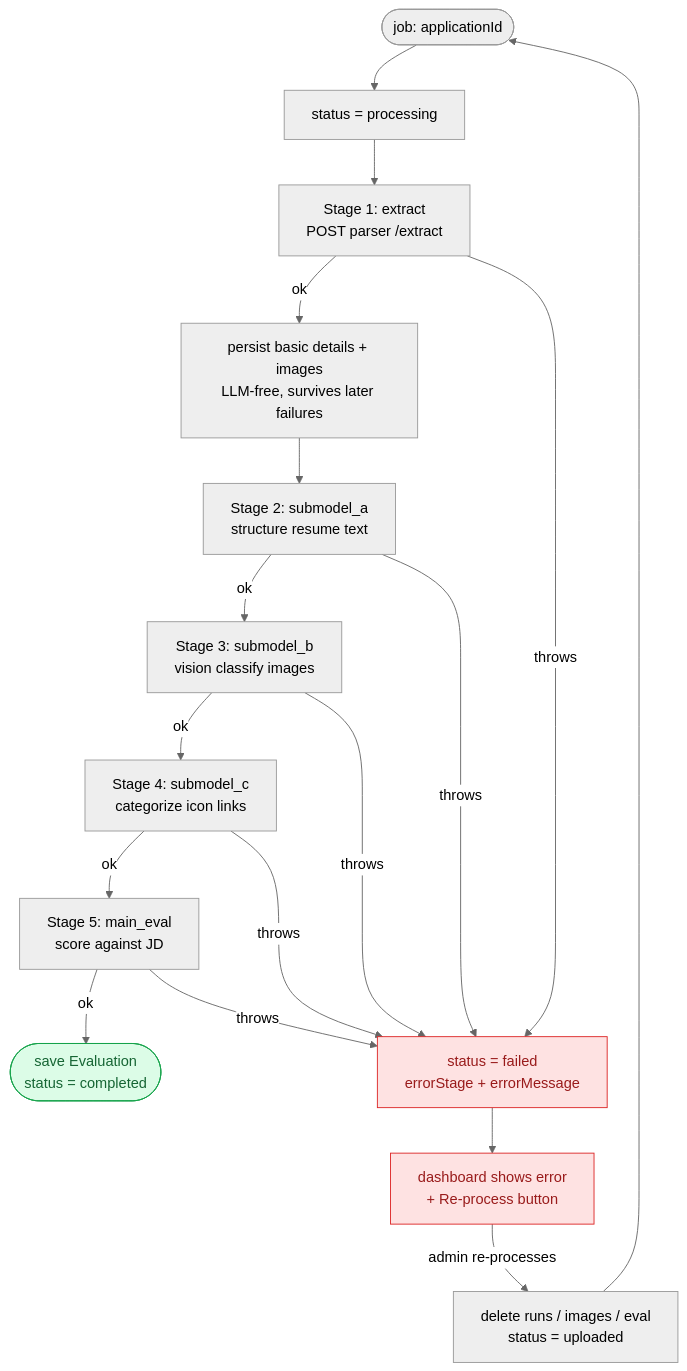
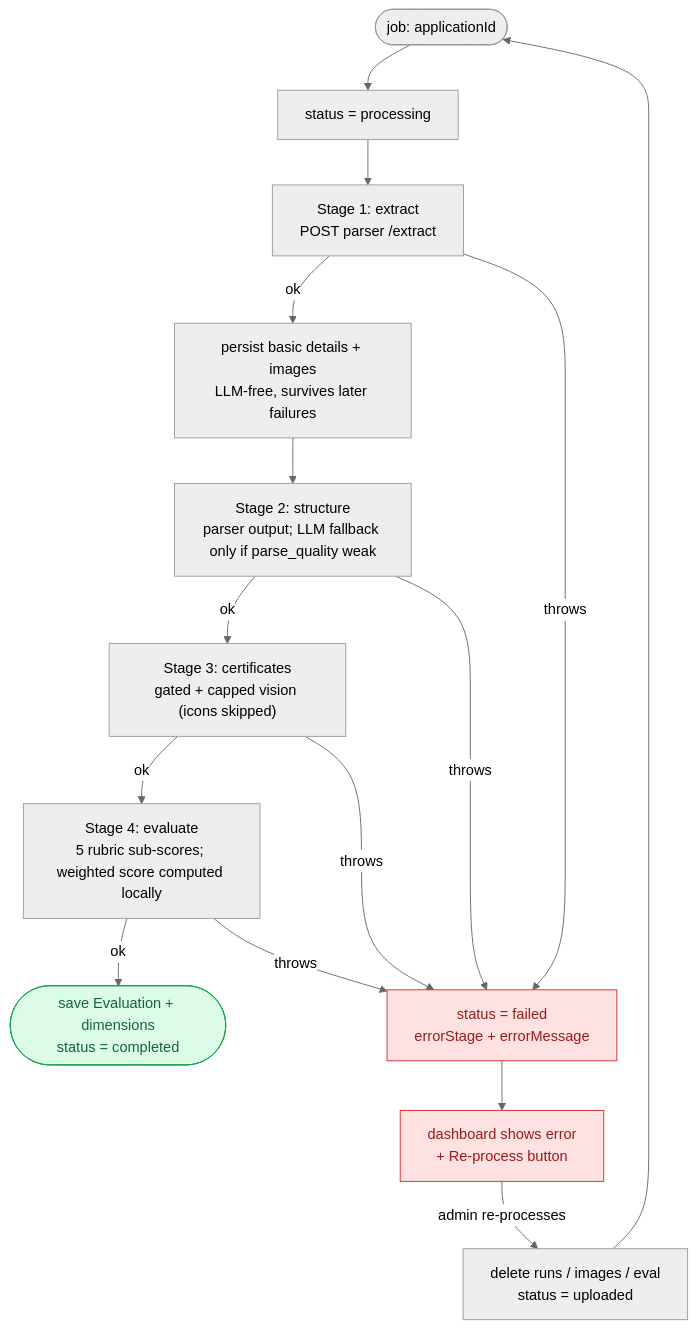
Before and after one commit to Lalit-001/ats-scorer: the third of 5 diagrams in docs/ARCHITECTURE.md, drawn with Mermaid (neutral theme). The commit also changed other lines of this file, not shown here.

Commit message:
docs: update architecture for the deterministic-first pipeline

````diff
--- a/docs/ARCHITECTURE.md
+++ b/docs/ARCHITECTURE.md
@@ -106,26 +117,24 @@
 ```mermaid
 flowchart TD
   start(["job: applicationId"]) --> proc["status = processing"]
   proc --> ex["Stage 1: extract<br/>POST parser /extract"]
   ex -->|ok| basics["persist basic details + images<br/>LLM-free, survives later failures"]
-  basics --> sa["Stage 2: submodel_a<br/>structure resume text"]
-  sa -->|ok| sb["Stage 3: submodel_b<br/>vision classify images"]
-  sb -->|ok| sc["Stage 4: submodel_c<br/>categorize icon links"]
-  sc -->|ok| me["Stage 5: main_eval<br/>score against JD"]
-  me -->|ok| done(["save Evaluation<br/>status = completed"])
+  basics --> st["Stage 2: structure<br/>parser output; LLM fallback only if parse_quality weak"]
+  st -->|ok| ce["Stage 3: certificates<br/>gated + capped vision (icons skipped)"]
+  ce -->|ok| ev["Stage 4: evaluate<br/>5 rubric sub-scores; weighted score computed locally"]
+  ev -->|ok| done(["save Evaluation + dimensions<br/>status = completed"])
 
   ex -->|throws| fail
-  sa -->|throws| fail
-  sb -->|throws| fail
-  sc -->|throws| fail
-  me -->|throws| fail
+  st -->|throws| fail
+  ce -->|throws| fail
+  ev -->|throws| fail
 
   fail["status = failed<br/>errorStage + errorMessage"] --> dash["dashboard shows error<br/>+ Re-process button"]
   dash -->|admin re-processes| reset["delete runs / images / eval<br/>status = uploaded"]
   reset --> start
 
   classDef bad fill:#fee2e2,stroke:#dc2626,color:#991b1b;
   classDef good fill:#dcfce7,stroke:#16a34a,color:#166534;
   class fail,dash bad;
   class done good;
 ```
````
